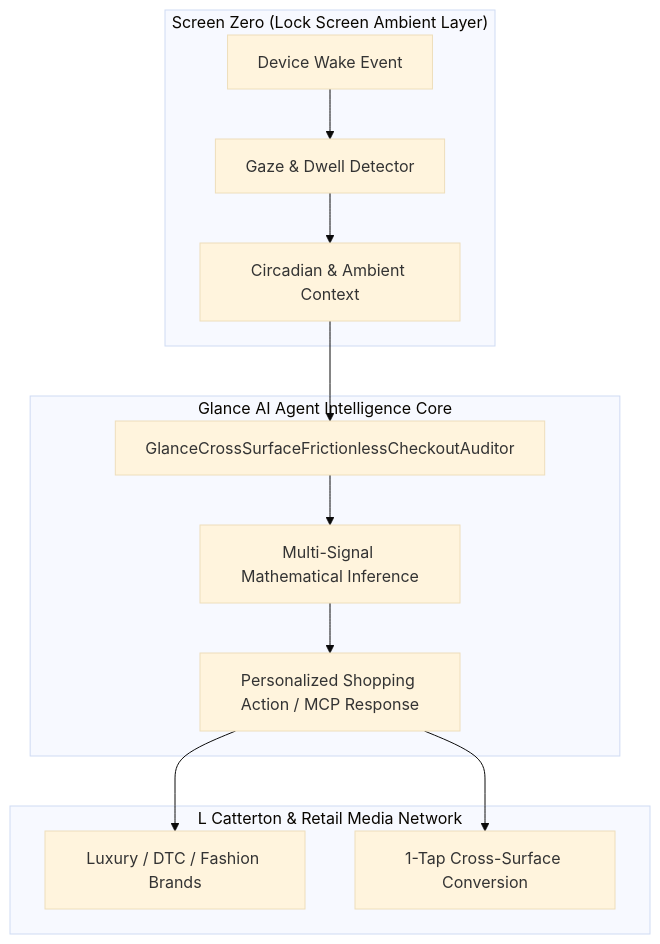
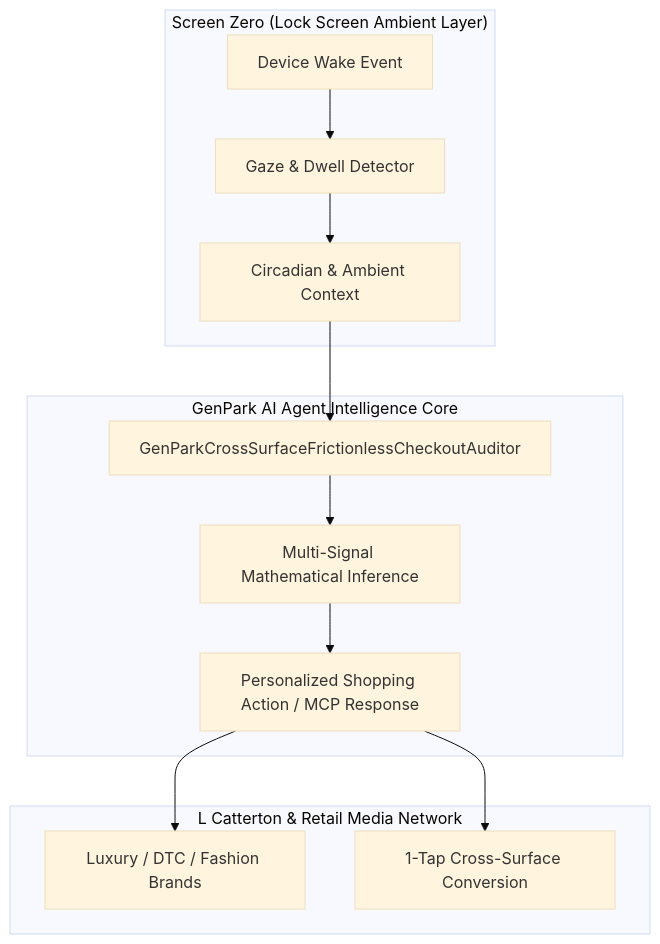
One commit to alphaparkinc/genpark-cross-surface-frictionless-checkout-auditor-skill changed the diagram in README.md. Above: the diagram before and after it, drawn with Mermaid (base theme). The commit also changed other lines of this file, not shown here.

Commit message:
Refactor: align naming with genpark-cross-surface-frictionless-checkout-auditor-skill

````diff
--- a/README.md
+++ b/README.md
@@ -33,18 +33,18 @@
 ```mermaid
 flowchart TD
     subgraph ScreenZero["Screen Zero (Lock Screen Ambient Layer)"]
         Wake[Device Wake Event] --> Gaze[Gaze & Dwell Detector]
         Gaze --> Sensor[Circadian & Ambient Context]
     end
 
-    subgraph AgentCore["Glance AI Agent Intelligence Core"]
-        Sensor --> CoreEngine["GlanceCrossSurfaceFrictionlessCheckoutAuditor"]
+    subgraph AgentCore["GenPark AI Agent Intelligence Core"]
+        Sensor --> CoreEngine["GenParkCrossSurfaceFrictionlessCheckoutAuditor"]
         CoreEngine --> DecisionEngine[Multi-Signal Mathematical Inference]
         DecisionEngine --> OutputPayload[Personalized Shopping Action / MCP Response]
     end
 
     subgraph RetailEcosystem["L Catterton & Retail Media Network"]
         OutputPayload --> Brands[Luxury / DTC / Fashion Brands]
         OutputPayload --> Checkout[1-Tap Cross-Surface Conversion]
     end
 ```
````
